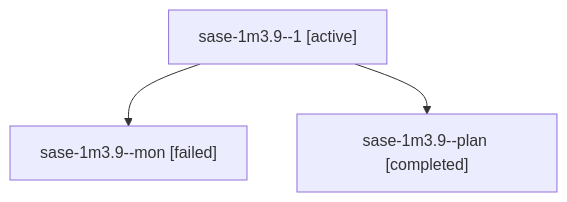
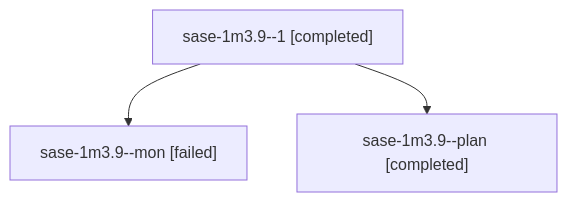
Before and after one commit to sase-org/sase--agents: the diagram in sessions/bbugyi200.apollo.sase-1m3.9.md, drawn with Mermaid. The commit also changed other lines of this file and 173 other files, not shown here.

````diff
--- a/sessions/bbugyi200.apollo.sase-1m3.9.md
+++ b/sessions/bbugyi200.apollo.sase-1m3.9.md
@@ -9,8 +9,8 @@
 ```mermaid
 flowchart TD
-  n0["sase-1m3.9--1 [active]"]
+  n0["sase-1m3.9--1 [completed]"]
   n1["sase-1m3.9--mon [failed]"]
   n0 --> n1
   n2["sase-1m3.9--plan [completed]"]
   n0 --> n2
 ```
````
